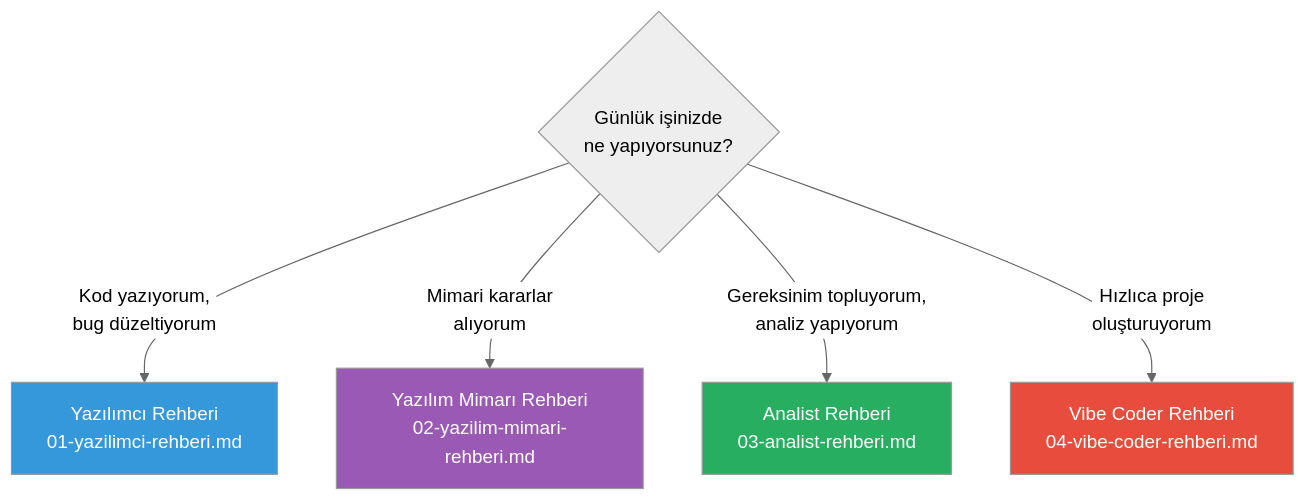
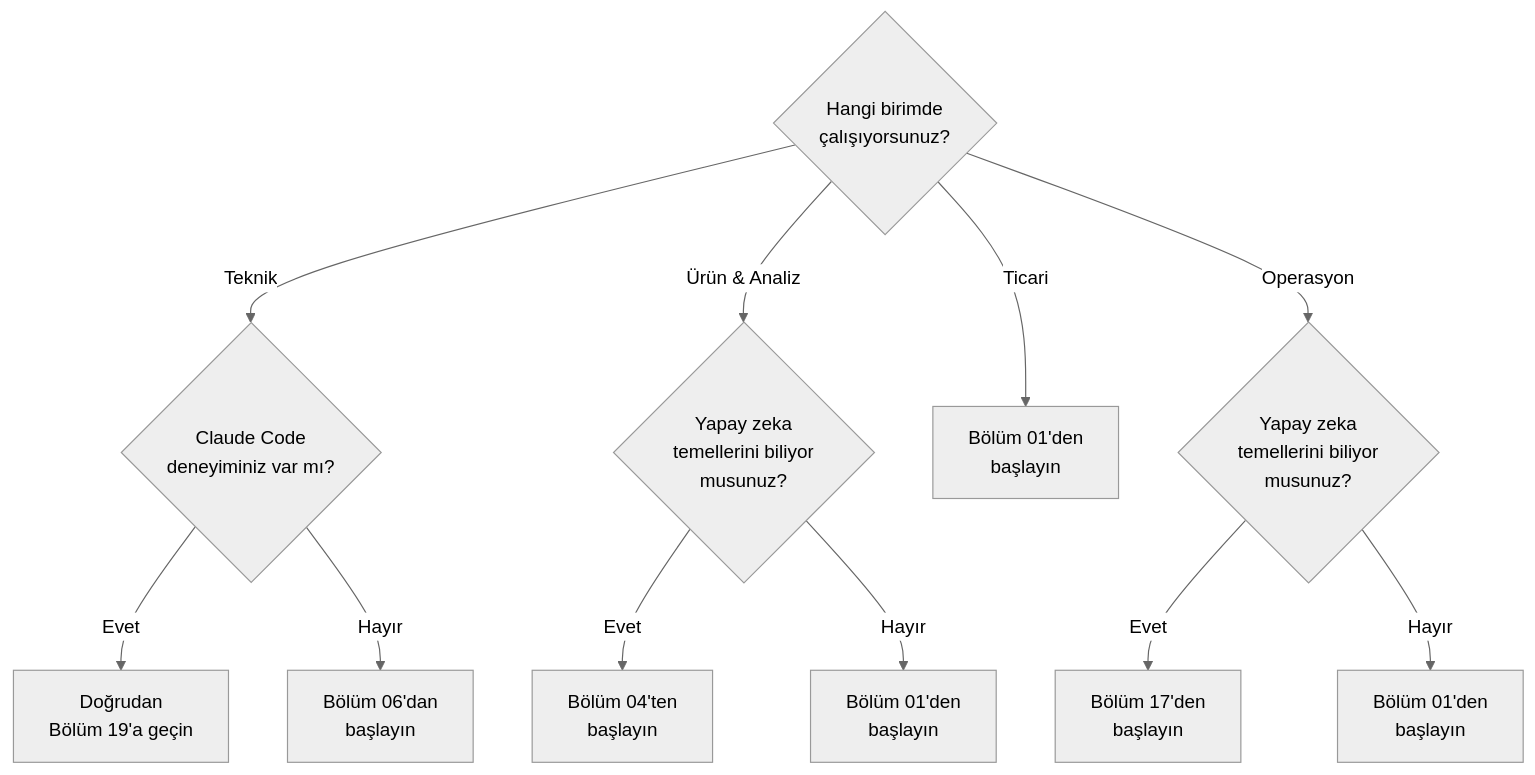
Before and after one commit to IzzetYasinAtes/ClaudeCodeHandbook: the diagram in 19-rol-bazli-rehberler/README.md, drawn with Mermaid (neutral theme). The commit also changed other lines of this file and 20 other files, not shown here.

````diff
--- a/19-rol-bazli-rehberler/README.md
+++ b/19-rol-bazli-rehberler/README.md
@@ -36,14 +28,18 @@
 ```mermaid
 flowchart TD
-    START{"Günlük işinizde<br/>ne yapıyorsunuz?"}
-    
-    START -->|"Kod yazıyorum,<br/>bug düzeltiyorum"| DEV["Yazılımcı Rehberi<br/>01-yazilimci-rehberi.md"]
-    START -->|"Mimari kararlar<br/>alıyorum"| ARCH["Yazılım Mimarı Rehberi<br/>02-yazilim-mimari-rehberi.md"]
-    START -->|"Gereksinim topluyorum,<br/>analiz yapıyorum"| ANALYST["Analist Rehberi<br/>03-analist-rehberi.md"]
-    START -->|"Hızlıca proje<br/>oluşturuyorum"| VIBE["Vibe Coder Rehberi<br/>04-vibe-coder-rehberi.md"]
-    
-    style DEV fill:#3498DB,color:#fff
-    style ARCH fill:#9B59B6,color:#fff
-    style ANALYST fill:#27AE60,color:#fff
-    style VIBE fill:#E74C3C,color:#fff
+    START{"Hangi birimde<br/>çalışıyorsunuz?"}
+
+    START -->|"Teknik"| TECH{"Claude Code<br/>deneyiminiz var mı?"}
+    TECH -->|"Evet"| TECH_EXP["Doğrudan<br/>Bölüm 19'a geçin"]
+    TECH -->|"Hayır"| TECH_NEW["Bölüm 06'dan<br/>başlayın"]
+
+    START -->|"Ürün & Analiz"| PROD{"Yapay zeka<br/>temellerini biliyor<br/>musunuz?"}
+    PROD -->|"Evet"| PROD_EXP["Bölüm 04'ten<br/>başlayın"]
+    PROD -->|"Hayır"| PROD_NEW["Bölüm 01'den<br/>başlayın"]
+
+    START -->|"Ticari"| COMM["Bölüm 01'den<br/>başlayın"]
+
+    START -->|"Operasyon"| OPS{"Yapay zeka<br/>temellerini biliyor<br/>musunuz?"}
+    OPS -->|"Evet"| OPS_EXP["Bölüm 17'den<br/>başlayın"]
+    OPS -->|"Hayır"| OPS_NEW["Bölüm 01'den<br/>başlayın"]
 ```
````
